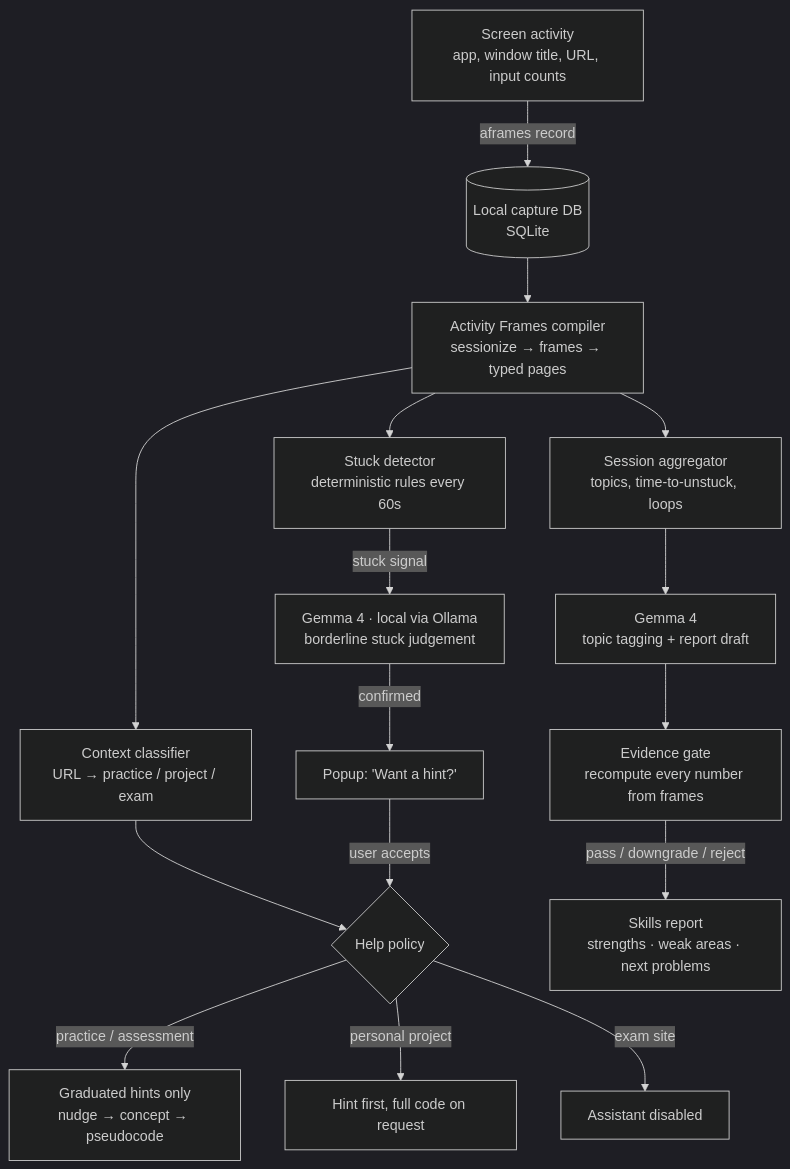
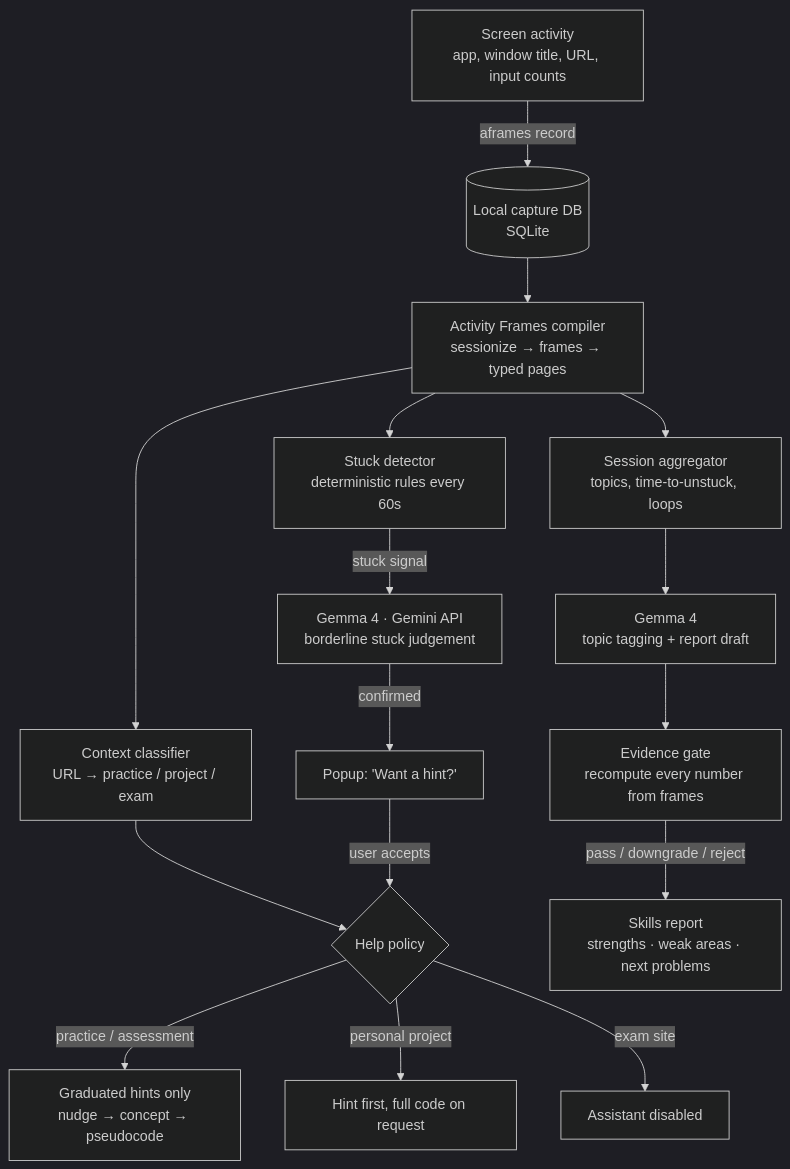
The diagram in README.md (Sudheeswar-Reddy/hacktoberfest-hack-day-coimbatore-x-init-club-and-idea-club), drawn with Mermaid (dark theme) before and after one commit. The commit also changed other lines of this file, not shown here.

First line of the commit message:
Revise README for updated Gemma 4 integration and privacy

````diff
--- a/README.md
+++ b/README.md
@@ -75,18 +75,18 @@
 ```mermaid
 flowchart TD
     A[Screen activity<br/>app, window title, URL, input counts] -->|aframes record| B[(Local capture DB<br/>SQLite)]
     B --> C[Activity Frames compiler<br/>sessionize → frames → typed pages]
     C --> D[Context classifier<br/>URL → practice / project / exam]
     C --> E[Stuck detector<br/>deterministic rules every 60s]
     D --> F{Help policy}
-    E -->|stuck signal| G[Gemma 4 · local via Ollama<br/>borderline stuck judgement]
+    E -->|stuck signal| G[Gemma 4 · Gemini API<br/>borderline stuck judgement]
     G -->|confirmed| H[Popup: 'Want a hint?']
     H -->|user accepts| F
     F -->|practice / assessment| I[Graduated hints only<br/>nudge → concept → pseudocode]
     F -->|personal project| J[Hint first, full code on request]
     F -->|exam site| K[Assistant disabled]
     C --> L[Session aggregator<br/>topics, time-to-unstuck, loops]
     L --> M[Gemma 4<br/>topic tagging + report draft]
     M --> N[Evidence gate<br/>recompute every number from frames]
     N -->|pass / downgrade / reject| O[Skills report<br/>strengths · weak areas · next problems]
 ```
````
